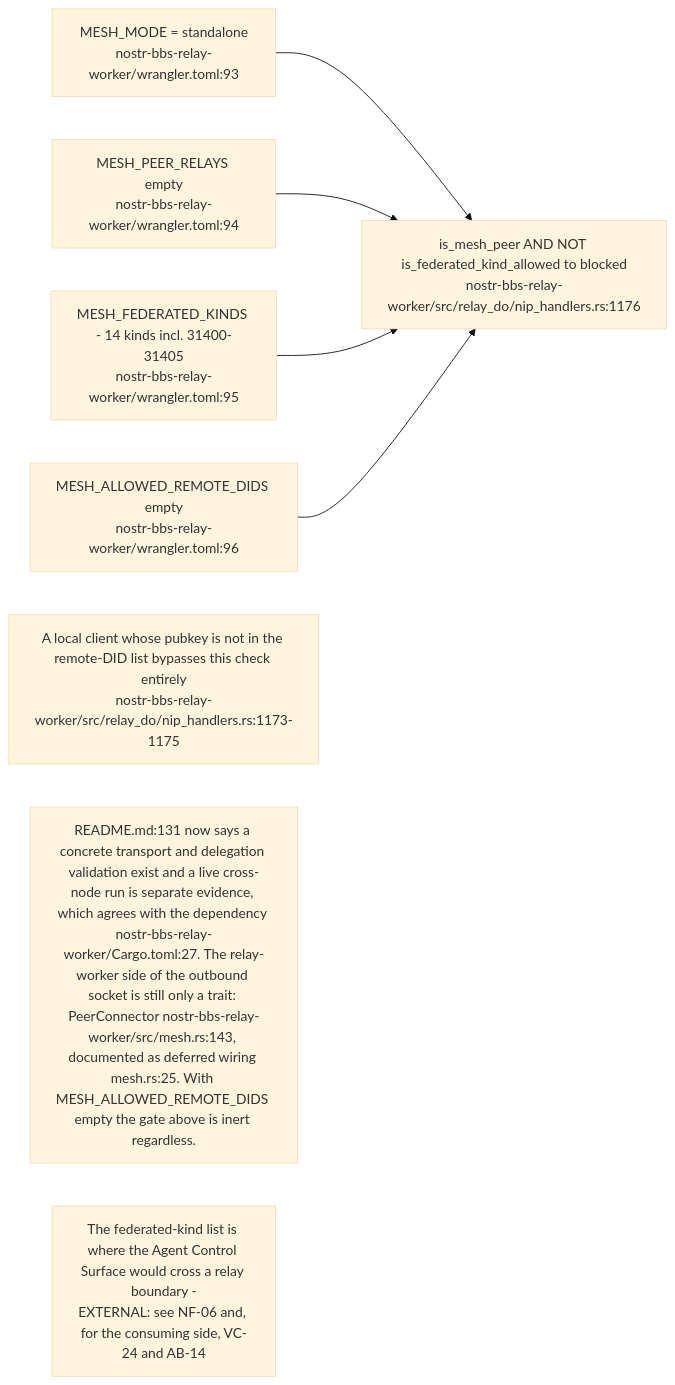
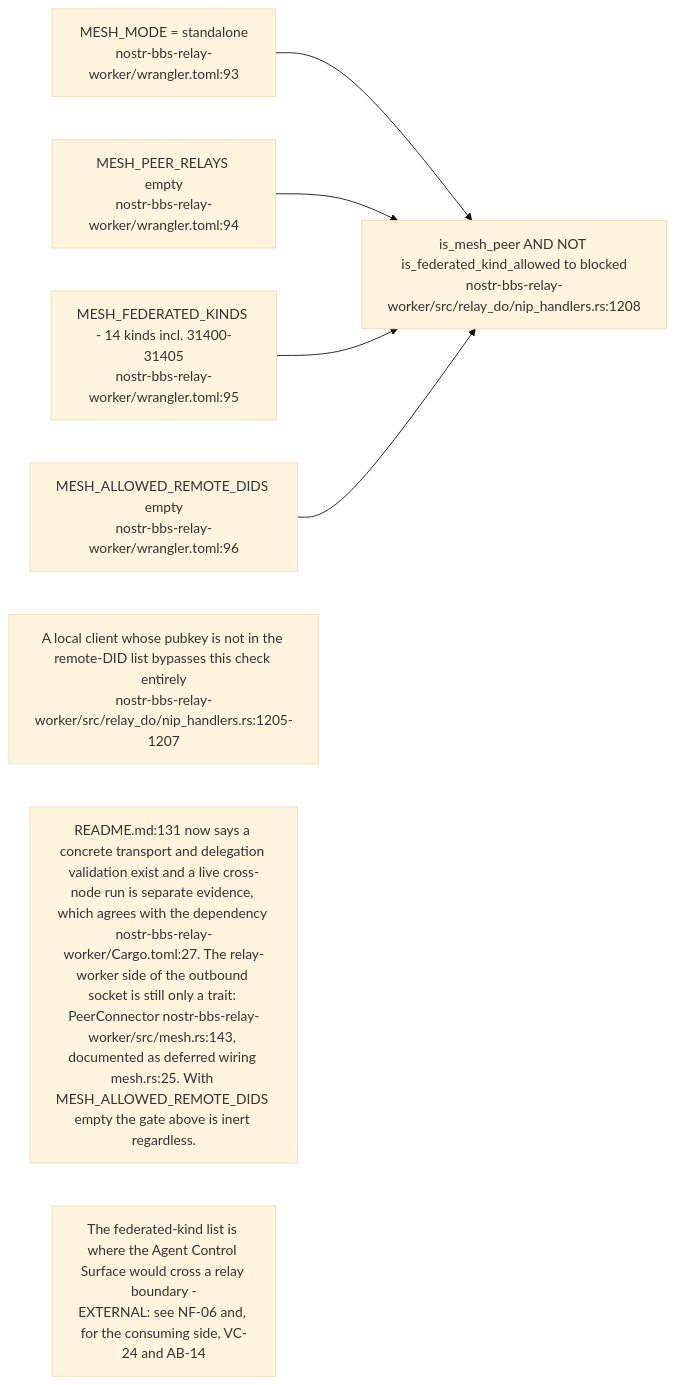
Before and after one commit to DreamLab-AI/VisionFlow: diagram 13 of 16 in docs/diagrams/nostr-rust-forum/03-relay-worker-admission-auth-and-trust.md, drawn with Mermaid (base theme). The commit also changed other lines of this file, not shown here.

First line of the commit message:
docs(diagrams): re-verify NF-03 against nostr-rust-forum af4f0d5

````diff
--- a/docs/diagrams/nostr-rust-forum/03-relay-worker-admission-auth-and-trust.md
+++ b/docs/diagrams/nostr-rust-forum/03-relay-worker-admission-auth-and-trust.md
@@ -380,14 +404,14 @@
 ```mermaid
 flowchart LR
     MODE["MESH_MODE = standalone<br/>nostr-bbs-relay-worker/wrangler.toml:93"]
     PEERS["MESH_PEER_RELAYS empty<br/>nostr-bbs-relay-worker/wrangler.toml:94"]
     KINDS["MESH_FEDERATED_KINDS - 14 kinds incl. 31400-31405<br/>nostr-bbs-relay-worker/wrangler.toml:95"]
     DIDS["MESH_ALLOWED_REMOTE_DIDS empty<br/>nostr-bbs-relay-worker/wrangler.toml:96"]
-    GATE["is_mesh_peer AND NOT is_federated_kind_allowed to blocked<br/>nostr-bbs-relay-worker/src/relay_do/nip_handlers.rs:1176"]
+    GATE["is_mesh_peer AND NOT is_federated_kind_allowed to blocked<br/>nostr-bbs-relay-worker/src/relay_do/nip_handlers.rs:1208"]
 
     MODE & PEERS & KINDS & DIDS --> GATE
 
-    N1["A local client whose pubkey is not in the remote-DID list bypasses this check entirely<br/>nostr-bbs-relay-worker/src/relay_do/nip_handlers.rs:1173-1175"]
+    N1["A local client whose pubkey is not in the remote-DID list bypasses this check entirely<br/>nostr-bbs-relay-worker/src/relay_do/nip_handlers.rs:1205-1207"]
     N2["README.md:131 now says a concrete transport and delegation validation exist and a live cross-node run is separate evidence, which agrees with the dependency nostr-bbs-relay-worker/Cargo.toml:27. The relay-worker side of the outbound socket is still only a trait: PeerConnector nostr-bbs-relay-worker/src/mesh.rs:143, documented as deferred wiring mesh.rs:25. With MESH_ALLOWED_REMOTE_DIDS empty the gate above is inert regardless."]
     N3["The federated-kind list is where the Agent Control Surface would cross a relay boundary -<br/>EXTERNAL: see NF-06 and, for the consuming side, VC-24 and AB-14"]
 ```
````
